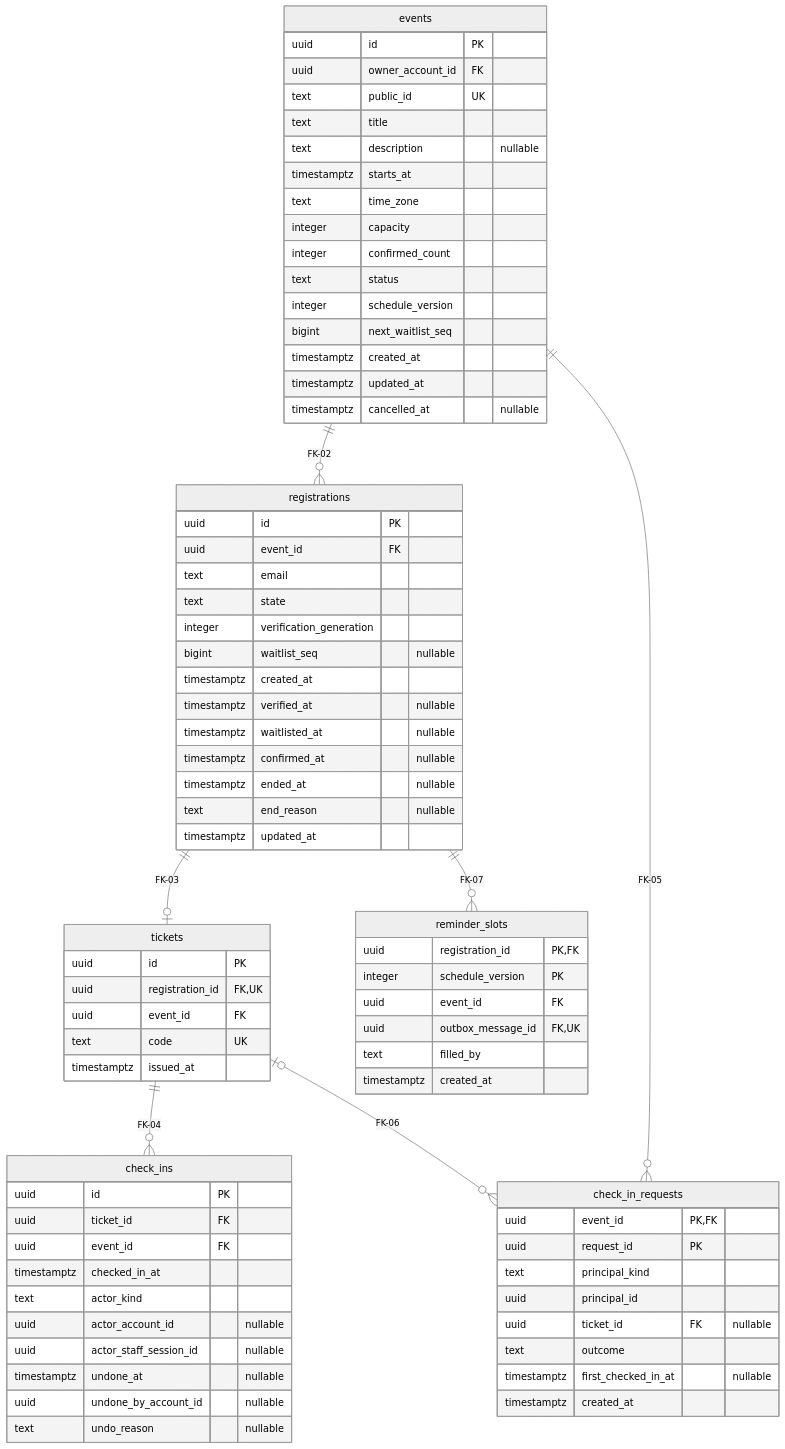
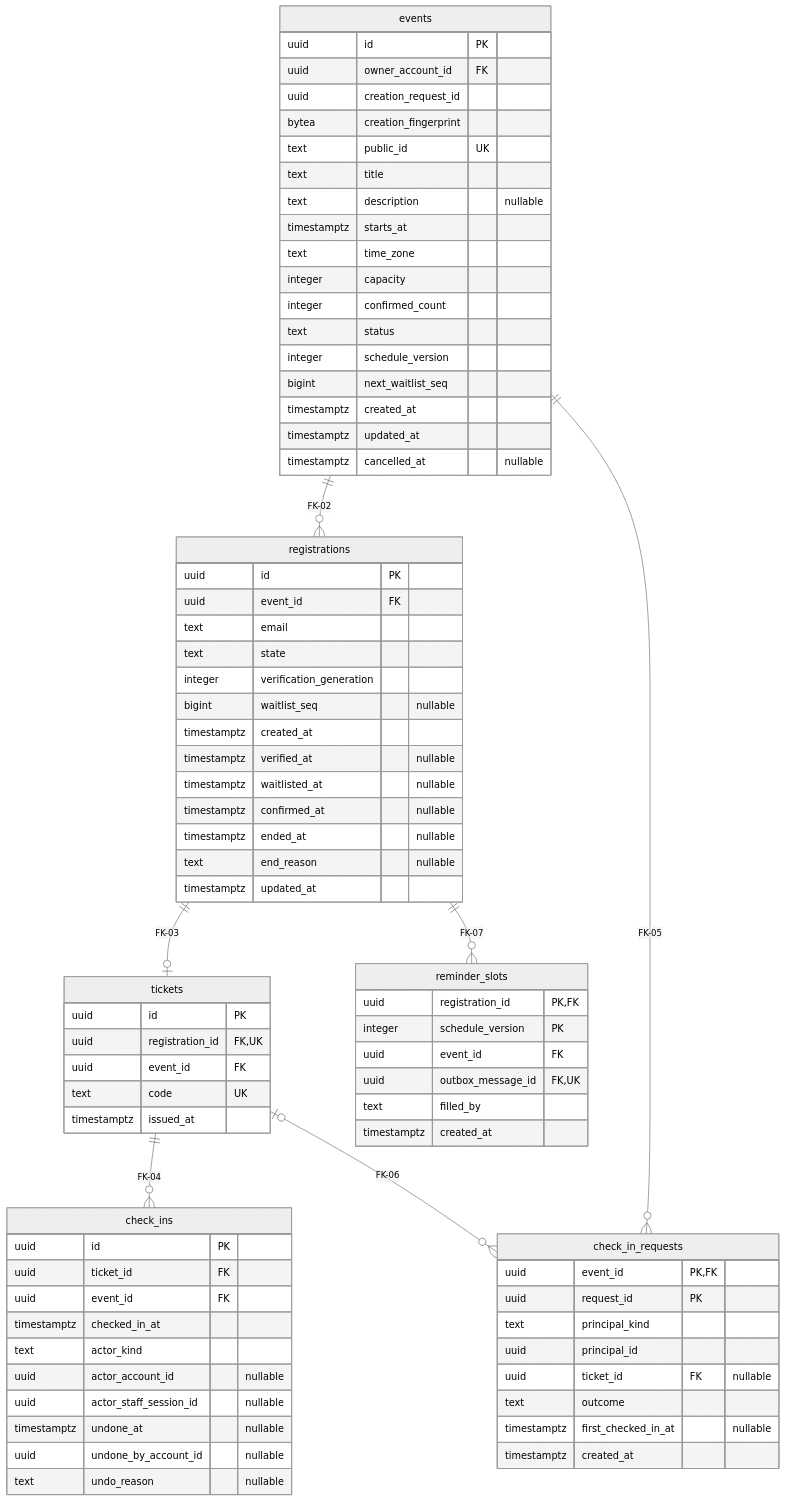
Before and after one commit to DavidMalkhasyan/event-registration-system: the third of 10 diagrams in docs/database/ERD.md, drawn with Mermaid (neutral theme). The commit also changed other lines of this file and 11 other files, not shown here.

````diff
--- a/docs/database/ERD.md
+++ b/docs/database/ERD.md
@@ -153,78 +153,80 @@
 ```mermaid
 erDiagram
   events {
     uuid id PK
     uuid owner_account_id FK
+    uuid creation_request_id
+    bytea creation_fingerprint
     text public_id UK
     text title
     text description "nullable"
     timestamptz starts_at
     text time_zone
     integer capacity
     integer confirmed_count
     text status
     integer schedule_version
     bigint next_waitlist_seq
     timestamptz created_at
     timestamptz updated_at
     timestamptz cancelled_at "nullable"
   }
   registrations {
     uuid id PK
     uuid event_id FK
     text email
     text state
     integer verification_generation
     bigint waitlist_seq "nullable"
     timestamptz created_at
     timestamptz verified_at "nullable"
     timestamptz waitlisted_at "nullable"
     timestamptz confirmed_at "nullable"
     timestamptz ended_at "nullable"
     text end_reason "nullable"
     timestamptz updated_at
   }
   tickets {
     uuid id PK
     uuid registration_id FK, UK
     uuid event_id FK
     text code UK
     timestamptz issued_at
   }
   check_ins {
     uuid id PK
     uuid ticket_id FK
     uuid event_id FK
     timestamptz checked_in_at
     text actor_kind
     uuid actor_account_id "nullable"
     uuid actor_staff_session_id "nullable"
     timestamptz undone_at "nullable"
     uuid undone_by_account_id "nullable"
     text undo_reason "nullable"
   }
   check_in_requests {
     uuid event_id PK, FK
     uuid request_id PK
     text principal_kind
     uuid principal_id
     uuid ticket_id FK "nullable"
     text outcome
     timestamptz first_checked_in_at "nullable"
     timestamptz created_at
   }
   reminder_slots {
     uuid registration_id PK, FK
     integer schedule_version PK
     uuid event_id FK
     uuid outbox_message_id FK, UK
     text filled_by
     timestamptz created_at
   }
   events ||--o{ registrations : "FK-02"
   registrations ||--o| tickets : "FK-03"
   tickets ||--o{ check_ins : "FK-04"
   events ||--o{ check_in_requests : "FK-05"
   tickets |o--o{ check_in_requests : "FK-06"
   registrations ||--o{ reminder_slots : "FK-07"
 ```
````
